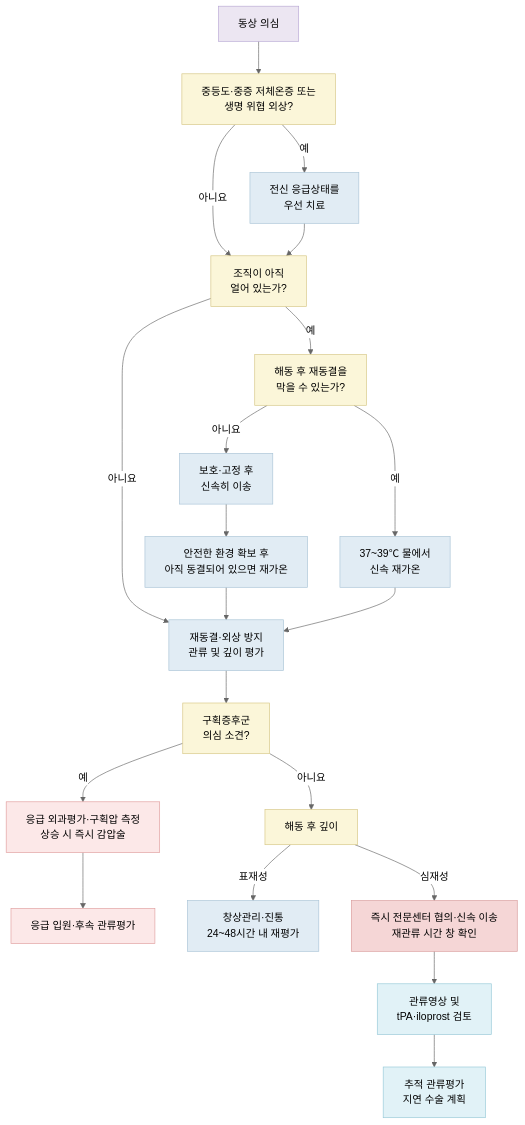
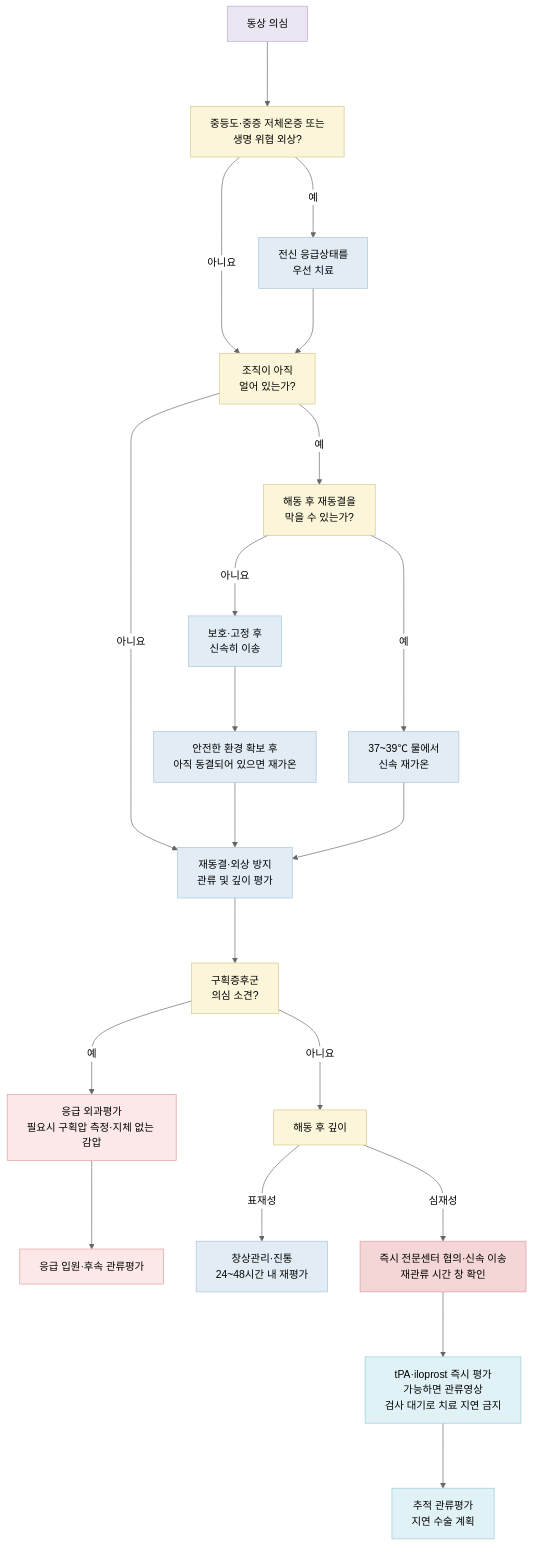
One commit to familyoh77/familyoh77 changed the diagram in 230_/208_-cold-injury.md. Above: the diagram before and after it, drawn with Mermaid (neutral theme). The commit also changed other lines of this file and 11 other files, not shown here.

````diff
--- a/230_/208_-cold-injury.md
+++ b/230_/208_-cold-injury.md
@@ -90,38 +92,38 @@
 ```mermaid
 flowchart TD
-    ROOT["동상 의심"] --> SYS["중등도·중증 저체온증 또는<br/>생명 위협 외상?"]
-    SYS -->|예| SYS_TX["전신 응급상태를<br/>우선 치료"]
-    SYS -->|아니요| FROZEN["조직이 아직<br/>얼어 있는가?"]
-    SYS_TX --> FROZEN
+    ROOT["동상 의심"] ---> SYS["중등도·중증 저체온증 또는<br/>생명 위협 외상?"]
+    SYS --->|예| SYS_TX["전신 응급상태를<br/>우선 치료"]
+    SYS --->|아니요| FROZEN["조직이 아직<br/>얼어 있는가?"]
+    SYS_TX ---> FROZEN
 
-    FROZEN -->|아니요| PROTECT["재동결·외상 방지<br/>관류 및 깊이 평가"]
-    FROZEN -->|예| REFREEZE["해동 후 재동결을<br/>막을 수 있는가?"]
-    REFREEZE -->|아니요| TRANSFER["보호·고정 후<br/>신속히 이송"]
-    REFREEZE -->|예| REWARM["37~39℃ 물에서<br/>신속 재가온"]
-    TRANSFER --> HOSP_REWARM["안전한 환경 확보 후<br/>아직 동결되어 있으면 재가온"]
-    HOSP_REWARM --> PROTECT
-    REWARM --> PROTECT
+    FROZEN --->|아니요| PROTECT["재동결·외상 방지<br/>관류 및 깊이 평가"]
+    FROZEN --->|예| REFREEZE["해동 후 재동결을<br/>막을 수 있는가?"]
+    REFREEZE --->|아니요| TRANSFER["보호·고정 후<br/>신속히 이송"]
+    REFREEZE --->|예| REWARM["37~39℃ 물에서<br/>신속 재가온"]
+    TRANSFER ---> HOSP_REWARM["안전한 환경 확보 후<br/>아직 동결되어 있으면 재가온"]
+    HOSP_REWARM ---> PROTECT
+    REWARM ---> PROTECT
 
-    PROTECT --> COMP["구획증후군<br/>의심 소견?"]
-    COMP -->|아니요| SEV["해동 후 깊이"]
-    COMP -->|예| PRESSURE["응급 외과평가·구획압 측정<br/>상승 시 즉시 감압술"]
-    PRESSURE --> ADMIT["응급 입원·후속 관류평가"]
-    SEV -->|표재성| SUPER["창상관리·진통<br/>24~48시간 내 재평가"]
-    SEV -->|심재성| DEEP["즉시 전문센터 협의·신속 이송<br/>재관류 시간 창 확인"]
-    DEEP --> PERF["관류영상 및<br/>tPA·iloprost 검토"]
-    PERF --> FOLLOW["추적 관류평가<br/>지연 수술 계획"]
+    PROTECT ---> COMP["구획증후군<br/>의심 소견?"]
+    COMP --->|아니요| SEV["해동 후 깊이"]
+    COMP --->|예| PRESSURE["응급 외과평가<br/>필요시 구획압 측정·지체 없는 감압"]
+    PRESSURE ---> ADMIT["응급 입원·후속 관류평가"]
+    SEV --->|표재성| SUPER["창상관리·진통<br/>24~48시간 내 재평가"]
+    SEV --->|심재성| DEEP["즉시 전문센터 협의·신속 이송<br/>재관류 시간 창 확인"]
+    DEEP ---> PERF["tPA·iloprost 즉시 평가<br/>가능하면 관류영상<br/>검사 대기로 치료 지연 금지"]
+    PERF ---> FOLLOW["추적 관류평가<br/>지연 수술 계획"]
 
     classDef purple fill:#ECE6F2,stroke:#B8A7D4,stroke-width:1px;
     classDef yellow fill:#FBF6D9,stroke:#D6C785,stroke-width:1px;
     classDef blue fill:#E1ECF4,stroke:#A9C4D6,stroke-width:1px;
     classDef pink fill:#F5D6D6,stroke:#D99B9B,stroke-width:1px;
     classDef red fill:#FCE8E8,stroke:#E09E9E,stroke-width:1px;
     classDef cyan fill:#E1F2F7,stroke:#96C9D8,stroke-width:1px;
 
     class ROOT purple;
     class SYS,FROZEN,REFREEZE,SEV,COMP yellow;
     class SYS_TX,TRANSFER,HOSP_REWARM,REWARM,PROTECT,SUPER blue;
     class DEEP pink;
     class PRESSURE,ADMIT red;
     class PERF,FOLLOW cyan;
 ```
````
